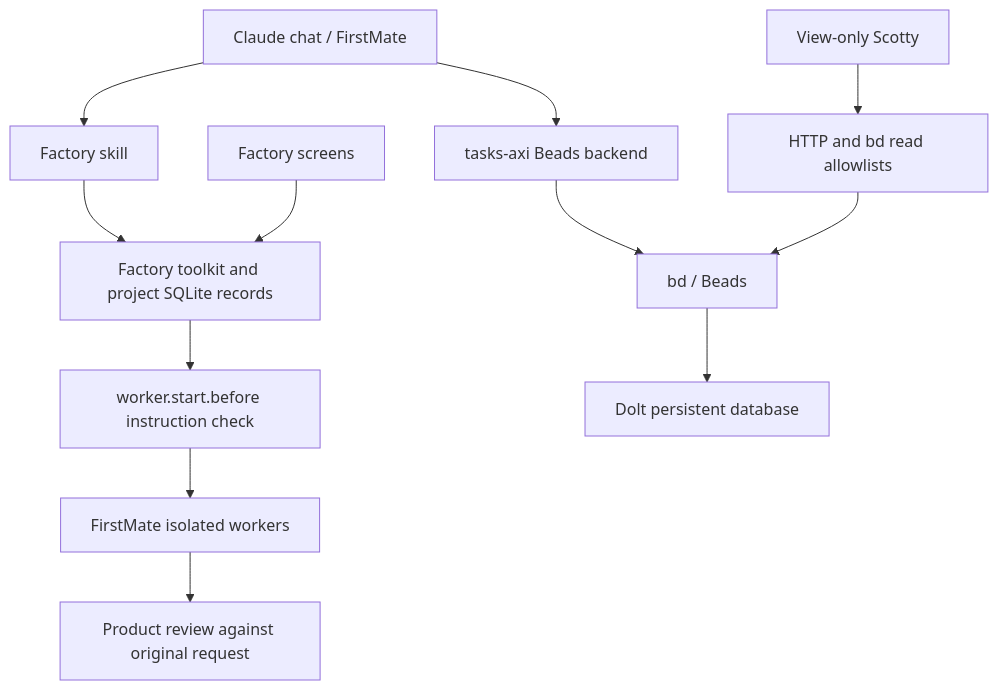
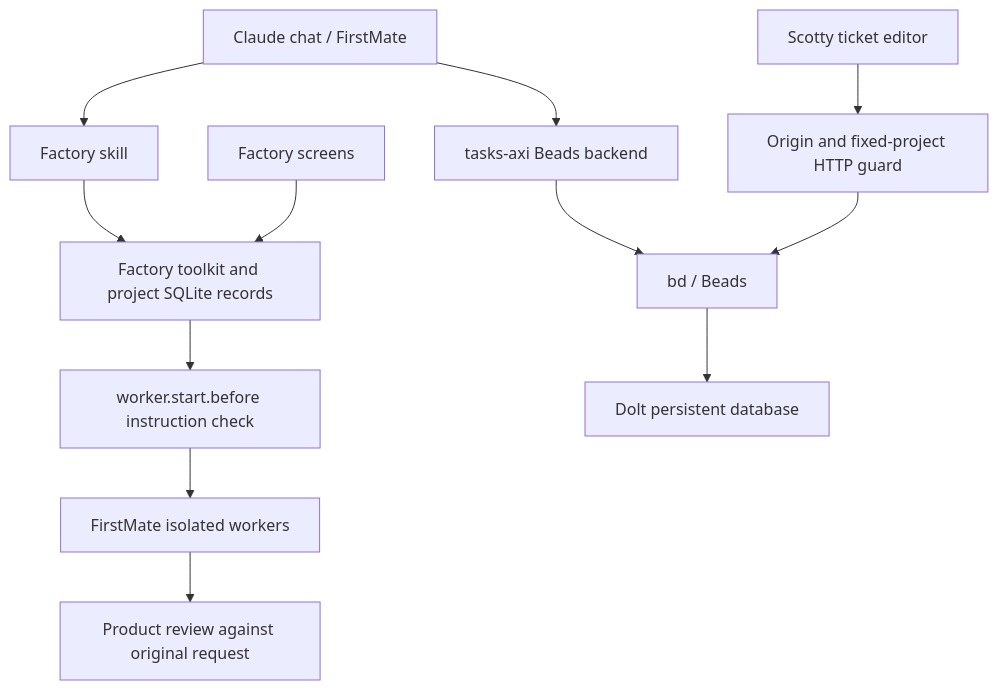
The diagram in ARCHITECTURE.md (ShayGus/software-factory), drawn with Mermaid before and after one commit. The commit also changed other lines of this file and 23 other files, not shown here.

Commit message:
Enable native Scotty ticket editing over the shared Beads database

````diff
--- a/ARCHITECTURE.md
+++ b/ARCHITECTURE.md
@@ -6,14 +6,14 @@
 ```mermaid
 flowchart TD
     Chat[Claude chat / FirstMate] --> Skill[Factory skill]
     Skill --> Toolkit[Factory toolkit and project SQLite records]
     Toolkit --> Hook[worker.start.before instruction check]
     Hook --> Workers[FirstMate isolated workers]
     Workers --> Review[Product review against original request]
     Chat --> Tasks[tasks-axi Beads backend]
     Tasks --> Beads[bd / Beads]
     Beads --> Dolt[Dolt persistent database]
     UI[Factory screens] --> Toolkit
-    Scotty[View-only Scotty] --> Guard[HTTP and bd read allowlists]
+    Scotty[Scotty ticket editor] --> Guard[Origin and fixed-project HTTP guard]
     Guard --> Beads
 ```
````
